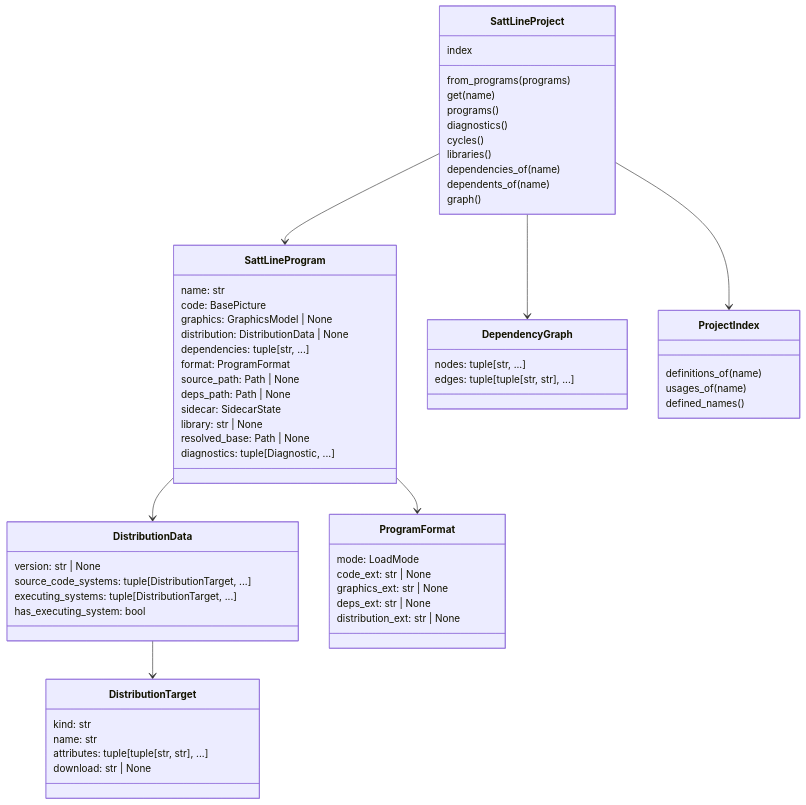
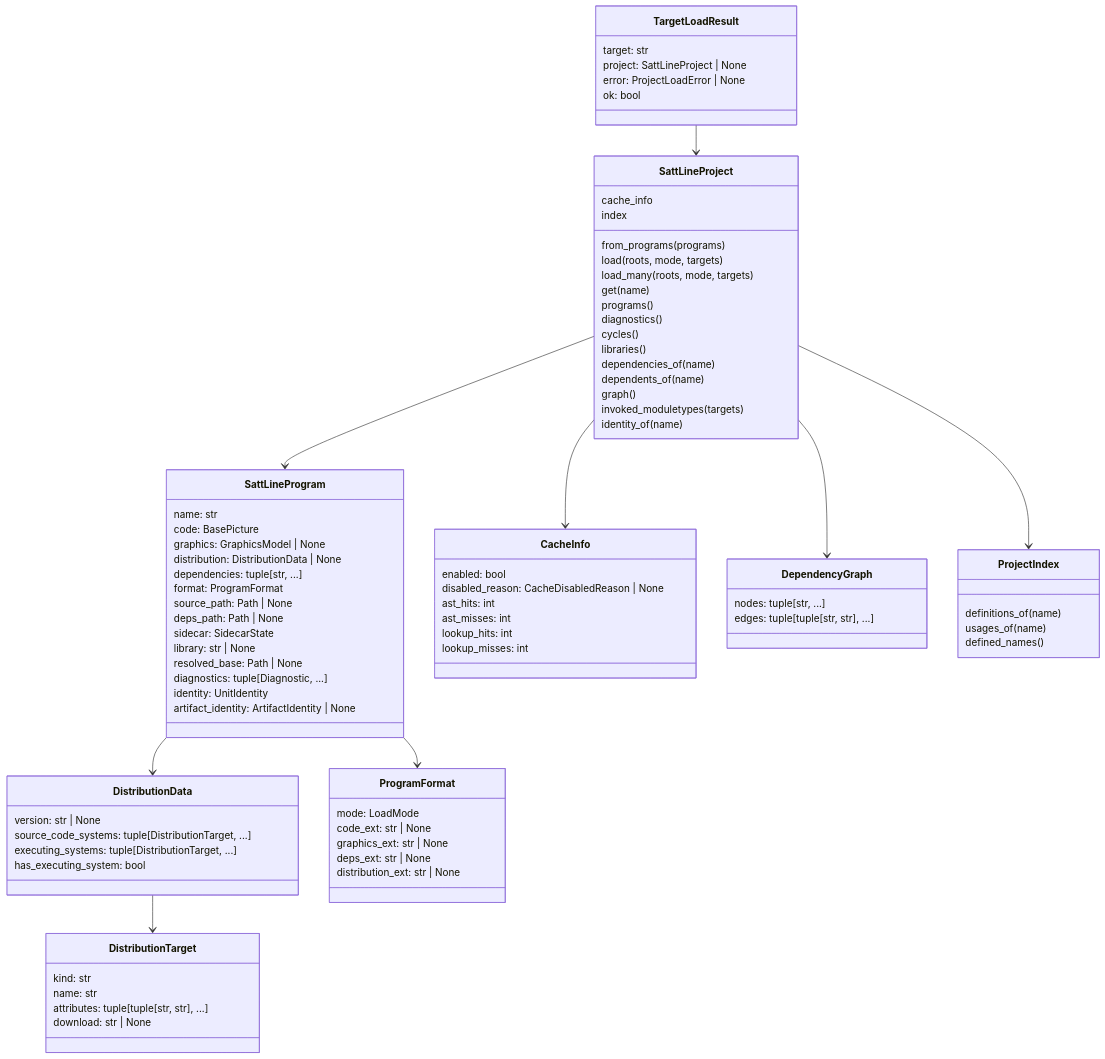
The sixth of 8 diagrams in docs/project.md (SorenHJohansen/sattline-parser), drawn with Mermaid before and after one commit. The commit also changed other lines of this file and 21 other files, not shown here.

```diff
--- a/docs/project.md
+++ b/docs/project.md
@@ -482,14 +528,19 @@
 classDiagram
     class SattLineProject {
         from_programs(programs)
+        load(roots, mode, targets)
+        load_many(roots, mode, targets)
         get(name)
         programs()
         diagnostics()
+        cache_info
         cycles()
         libraries()
         dependencies_of(name)
         dependents_of(name)
         graph()
+        invoked_moduletypes(targets)
+        identity_of(name)
         index
     }
     class SattLineProgram {
@@ -505,6 +556,22 @@
         library: str | None
         resolved_base: Path | None
         diagnostics: tuple[Diagnostic, ...]
+        identity: UnitIdentity
+        artifact_identity: ArtifactIdentity | None
+    }
+    class TargetLoadResult {
+        target: str
+        project: SattLineProject | None
+        error: ProjectLoadError | None
+        ok: bool
+    }
+    class CacheInfo {
+        enabled: bool
+        disabled_reason: CacheDisabledReason | None
+        ast_hits: int
+        ast_misses: int
+        lookup_hits: int
+        lookup_misses: int
     }
     class DistributionData {
         version: str | None
@@ -538,6 +605,8 @@
     SattLineProject --> SattLineProgram
     SattLineProject --> DependencyGraph
     SattLineProject --> ProjectIndex
+    SattLineProject --> CacheInfo
+    TargetLoadResult --> SattLineProject
     SattLineProgram --> ProgramFormat
     SattLineProgram --> DistributionData
     DistributionData --> DistributionTarget
```
